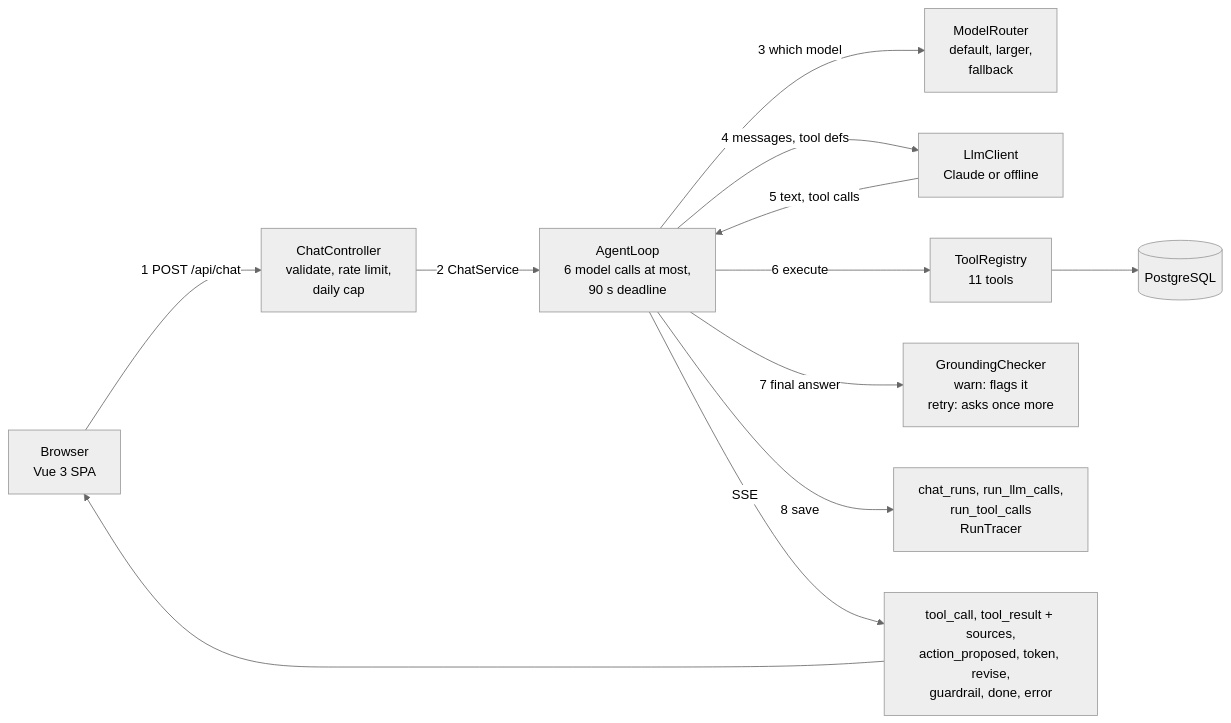
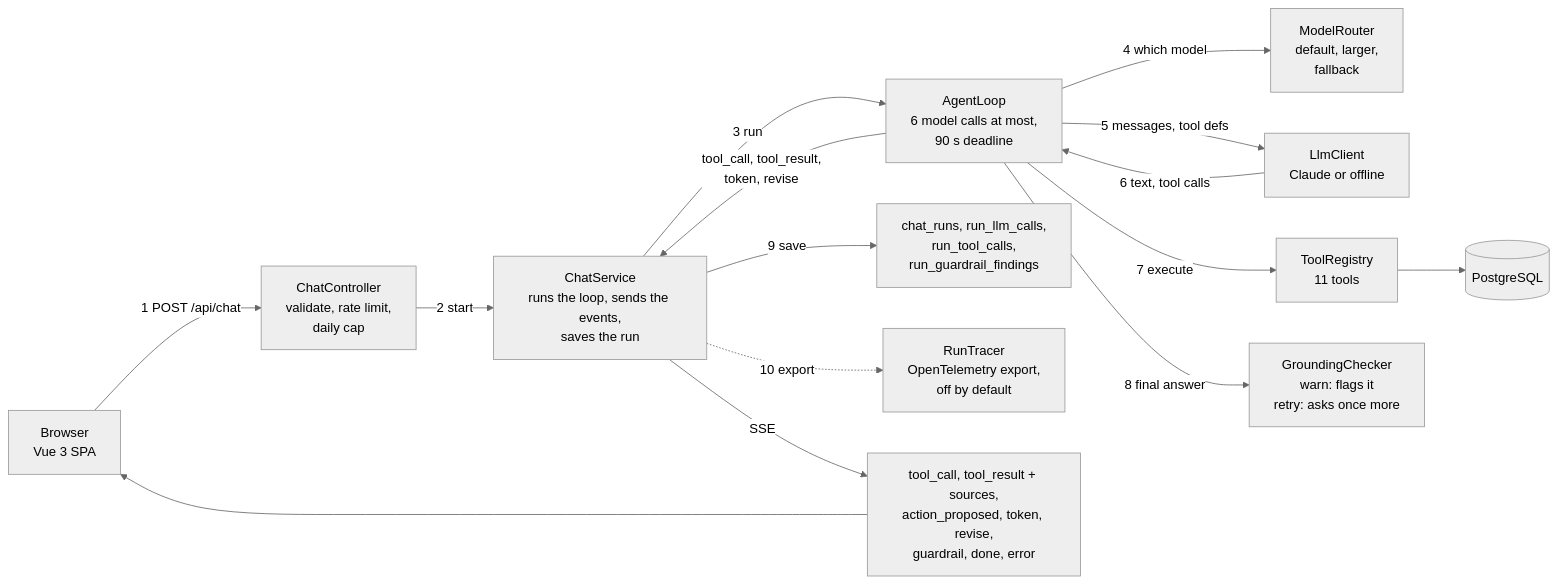
The first of 3 diagrams in README.md (NguyenMinhDuc98/proppilot), drawn with Mermaid (neutral theme) before and after one commit. The commit also changed other lines of this file, not shown here.

````diff
--- a/README.md
+++ b/README.md
@@ -82,14 +84,17 @@
 ```mermaid
 flowchart LR
     B["Browser<br/>Vue 3 SPA"] -->|"1 POST /api/chat"| C["ChatController<br/>validate, rate limit,<br/>daily cap"]
-    C -->|"2 ChatService"| A["AgentLoop<br/>6 model calls at most,<br/>90 s deadline"]
-    A -->|"3 which model"| R["ModelRouter<br/>default, larger,<br/>fallback"]
-    A -->|"4 messages, tool defs"| L["LlmClient<br/>Claude or offline"]
-    L -->|"5 text, tool calls"| A
-    A -->|"6 execute"| T["ToolRegistry<br/>11 tools"]
+    C -->|"2 start"| H["ChatService<br/>runs the loop, sends the events,<br/>saves the run"]
+    H -->|"3 run"| A["AgentLoop<br/>6 model calls at most,<br/>90 s deadline"]
+    A -->|"4 which model"| R["ModelRouter<br/>default, larger,<br/>fallback"]
+    A -->|"5 messages, tool defs"| L["LlmClient<br/>Claude or offline"]
+    L -->|"6 text, tool calls"| A
+    A -->|"7 execute"| T["ToolRegistry<br/>11 tools"]
     T --> D[("PostgreSQL")]
-    A -->|"7 final answer"| G["GroundingChecker<br/>warn: flags it<br/>retry: asks once more"]
-    A -->|"8 save"| S["chat_runs, run_llm_calls,<br/>run_tool_calls<br/>RunTracer"]
-    A -->|"SSE"| E["tool_call, tool_result + sources,<br/>action_proposed, token, revise,<br/>guardrail, done, error"]
+    A -->|"8 final answer"| G["GroundingChecker<br/>warn: flags it<br/>retry: asks once more"]
+    A -->|"tool_call, tool_result,<br/>token, revise"| H
+    H -->|"9 save"| S["chat_runs, run_llm_calls,<br/>run_tool_calls,<br/>run_guardrail_findings"]
+    H -.->|"10 export"| O["RunTracer<br/>OpenTelemetry export,<br/>off by default"]
+    H -->|"SSE"| E["tool_call, tool_result + sources,<br/>action_proposed, token, revise,<br/>guardrail, done, error"]
     E --> B
 ```
````
